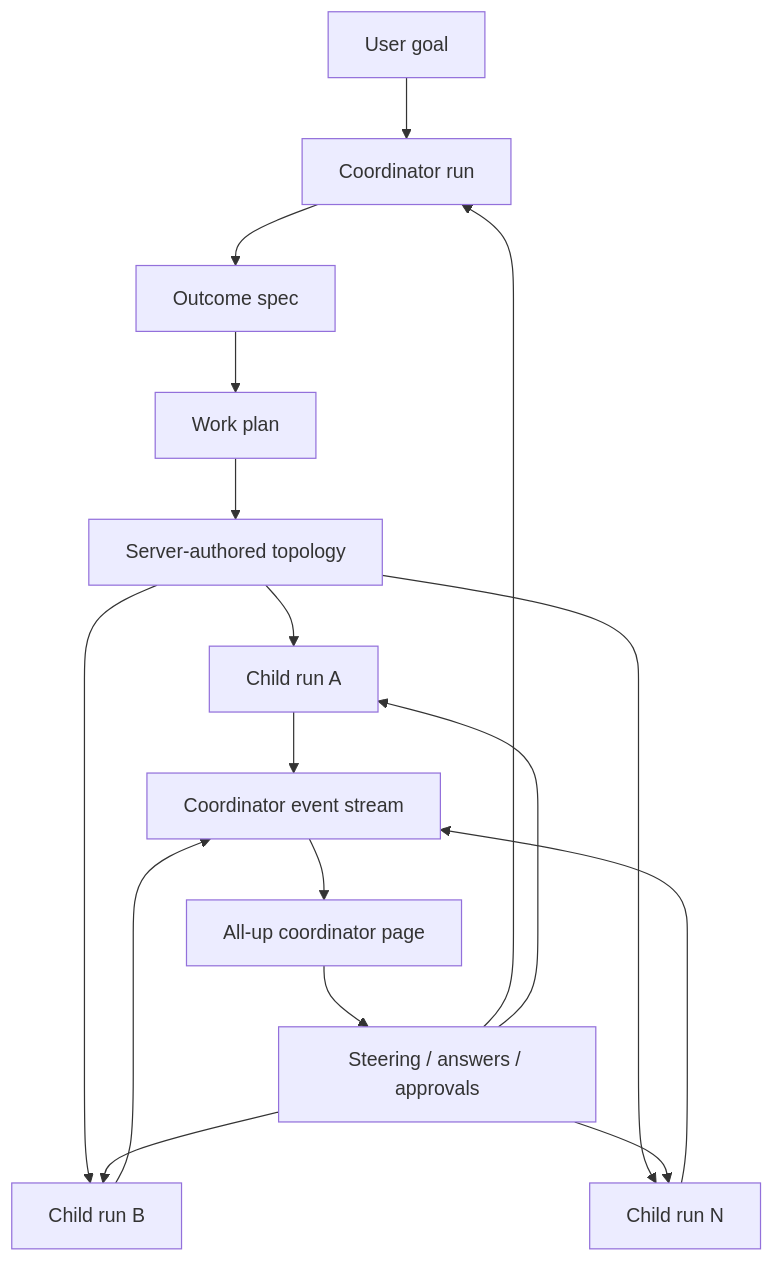
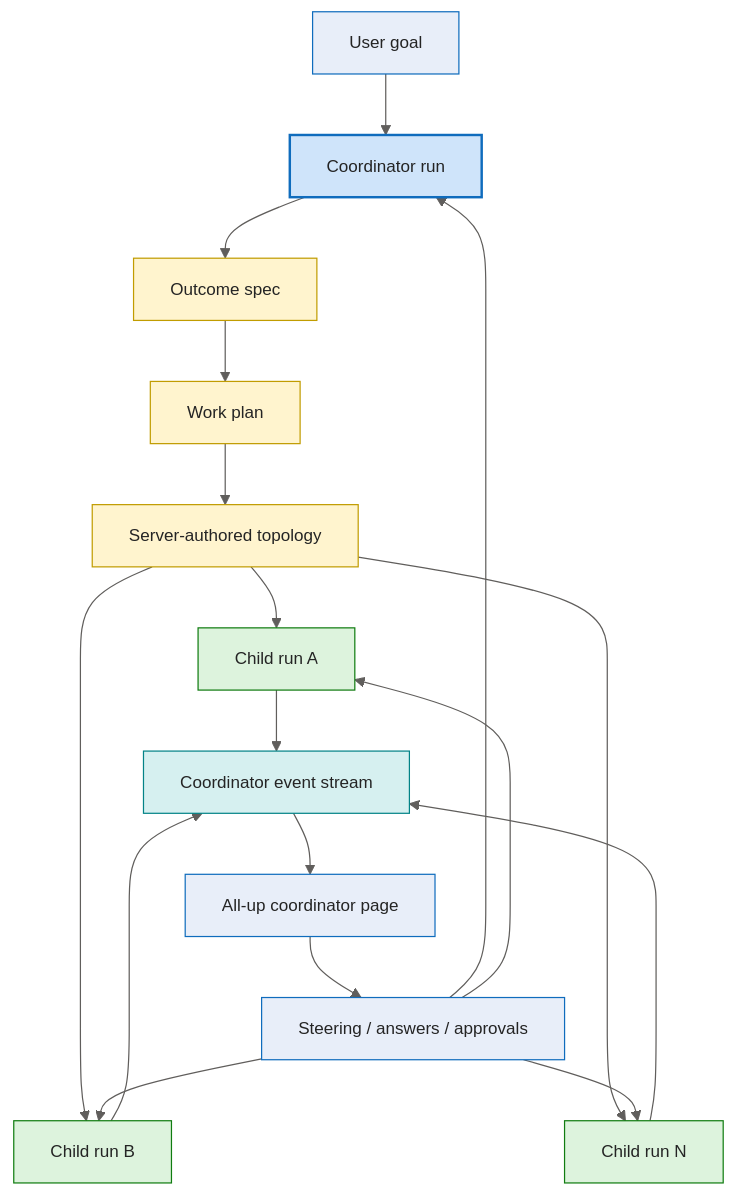
One commit to sabbour/agentweaver changed the seventh of 7 diagrams in docs/deep-dive/frontend.md. Above: the diagram before and after it, drawn with Mermaid. The commit also changed other lines of this file and 13 other files, not shown here.

````diff
--- a/docs/deep-dive/frontend.md
+++ b/docs/deep-dive/frontend.md
@@ -414,19 +501,34 @@
 ```mermaid
+%%{init: {'theme':'base','themeVariables':{'fontFamily':'Segoe UI, system-ui, -apple-system, sans-serif','fontSize':'14px','primaryColor':'#E8EEF9','primaryBorderColor':'#0F6CBD','primaryTextColor':'#242424','lineColor':'#605E5C','clusterBkg':'#FAF9F8','clusterBorder':'#D2D0CE','edgeLabelBackground':'#FFFFFF'}}}%%
 flowchart TD
     Goal[User goal] --> Coord[Coordinator run]
     Coord --> Spec[Outcome spec]
     Spec --> Plan[Work plan]
     Plan --> Topology[Server-authored topology]
     Topology --> ChildA[Child run A]
     Topology --> ChildB[Child run B]
     Topology --> ChildN[Child run N]
     ChildA --> CoordStream[Coordinator event stream]
     ChildB --> CoordStream
     ChildN --> CoordStream
     CoordStream --> UI[All-up coordinator page]
     UI --> Steer[Steering / answers / approvals]
     Steer --> Coord
     Steer --> ChildA
     Steer --> ChildB
     Steer --> ChildN
+
+    classDef client fill:#E8EEF9,stroke:#0F6CBD,stroke-width:1px,color:#242424;
+    classDef svc fill:#F3F2F1,stroke:#8A8886,stroke-width:1px,color:#242424;
+    classDef core fill:#CFE4FA,stroke:#0F6CBD,stroke-width:2px,color:#242424;
+    classDef data fill:#FFF4CE,stroke:#C19C00,stroke-width:1px,color:#242424;
+    classDef ext fill:#F0E8F8,stroke:#8764B8,stroke-width:1px,color:#242424;
+    classDef runtime fill:#DDF3DD,stroke:#107C10,stroke-width:1px,color:#242424;
+    classDef evt fill:#D6F0F0,stroke:#038387,stroke-width:1px,color:#242424;
+
+    class Goal,UI,Steer client;
+    class Coord core;
+    class Spec,Plan,Topology data;
+    class ChildA,ChildB,ChildN runtime;
+    class CoordStream evt;
 ```
````
